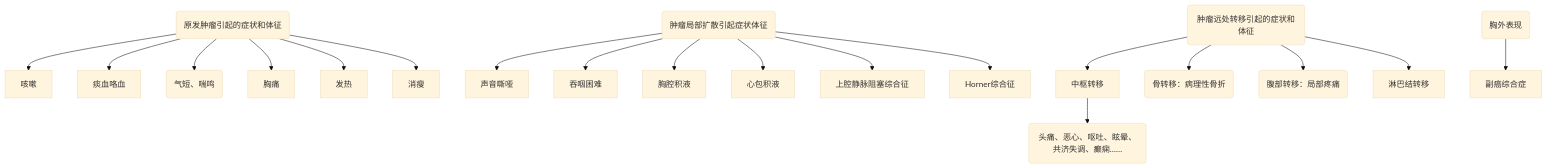
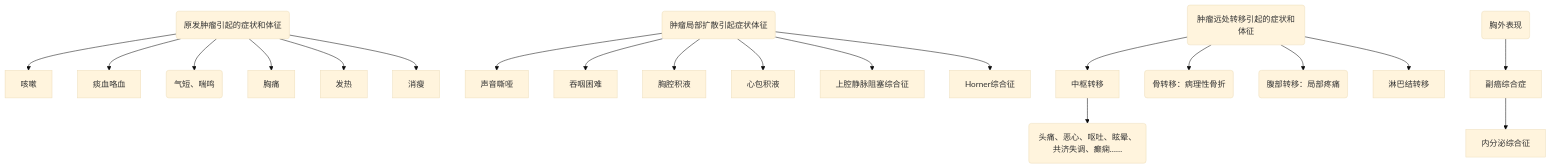
One commit to viket-vista/Notes changed the fifth of 5 diagrams in 大三下/内科学.md. Above: the diagram before and after it, drawn with Mermaid (base theme). The commit also changed other lines of this file, not shown here.

Commit message:
大三下/内科学.md updated from https://stackedit.cn/

````diff
--- a/大三下/内科学.md
+++ b/大三下/内科学.md
@@ -165,22 +165,22 @@
 ```mermaid
 graph TD
 A(原发肿瘤引起的症状和体征) --> 咳嗽
 A --> 痰血咯血
 A --> B("气短、喘鸣")
 A --> 胸痛
 A --> 发热
 A --> 消瘦
 A
 D(肿瘤局部扩散引起症状体征)--> 声音嘶哑
 D --> 吞咽困难
 D --> 胸腔积液
 D --> 心包积液
 D --> 上腔静脉阻塞综合征
 D --> Horner综合征
 C(肿瘤远处转移引起的症状和体征) --> 中枢转移 --> E("头痛、恶心、呕吐、眩晕、共济失调、癫痫……")
 C --> F("骨转移：病理性骨折")
 C --> G("腹部转移：局部疼痛")
 C --> 淋巴结转移
-H(胸外表现) --> 副癌综合症
+H(胸外表现) --> 副癌综合症 --> 内分泌综合征
 
 ```
````
